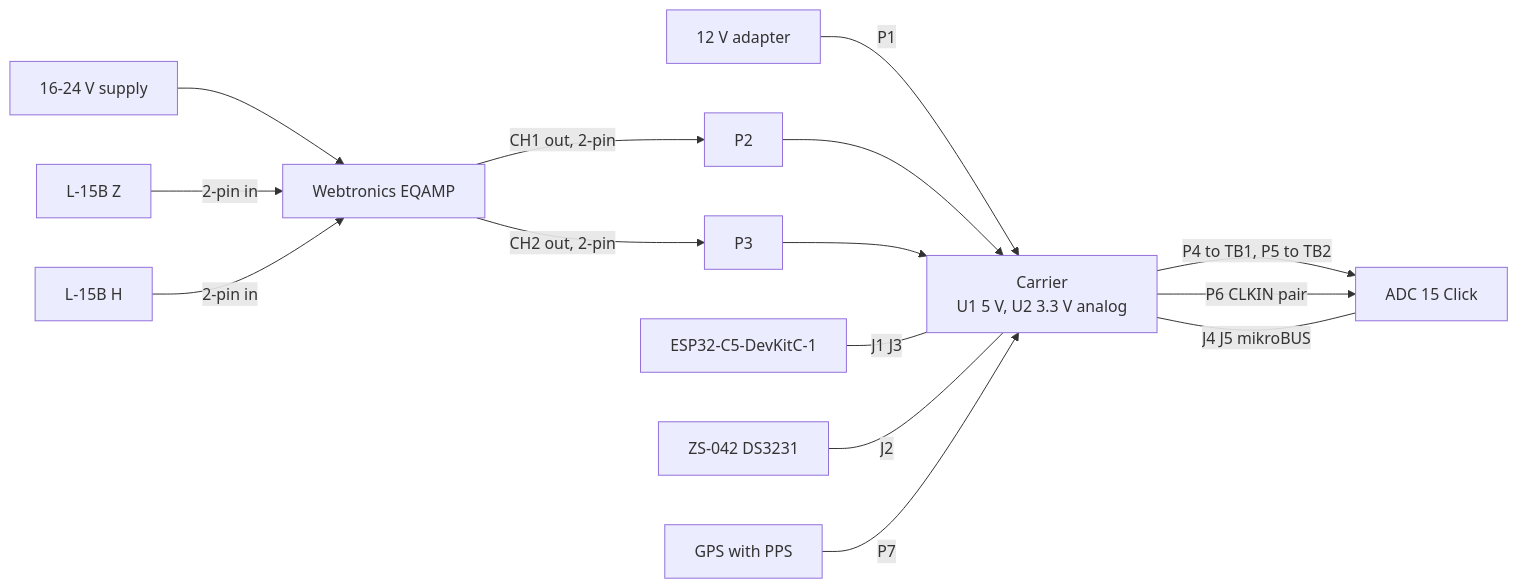
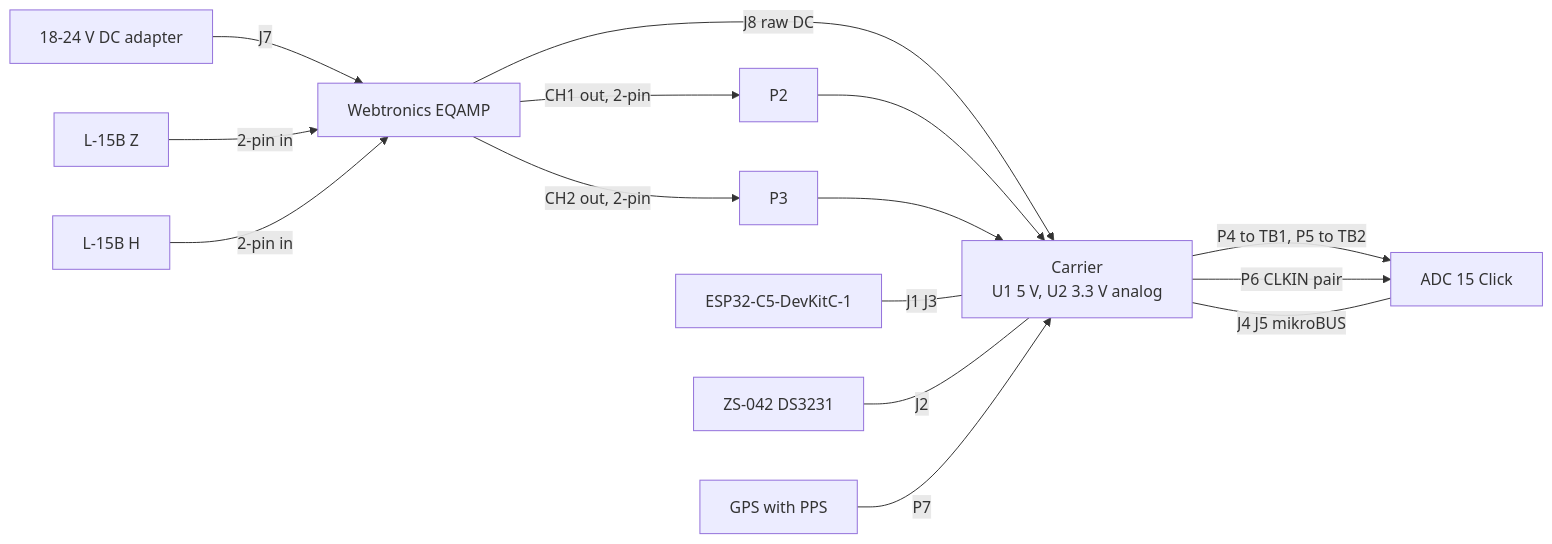
The diagram in hardware/carrier/README.md (vpatoka/esp32seismo), drawn with Mermaid before and after one commit. The commit also changed other lines of this file and 5 other files, not shown here.

First line of the commit message:
Power the carrier from the EQAMP J8 and add shed notes

````diff
--- a/hardware/carrier/README.md
+++ b/hardware/carrier/README.md
@@ -38,17 +38,17 @@
 ```mermaid
 flowchart LR
-    A12[12 V adapter] -->|P1| CB[Carrier<br/>U1 5 V, U2 3.3 V analog]
-    AMPPSU[16-24 V supply] --> EQ[Webtronics EQAMP]
+    PSU[18-24 V DC adapter] -->|J7| EQ[Webtronics EQAMP]
+    EQ -->|J8 raw DC| CB[Carrier<br/>U1 5 V, U2 3.3 V analog]
     GZ[L-15B Z] -->|2-pin in| EQ
     GH[L-15B H] -->|2-pin in| EQ
     EQ -->|CH1 out, 2-pin| P2[P2]
     EQ -->|CH2 out, 2-pin| P3[P3]
     P2 --> CB
     P3 --> CB
     CB -->|P4 to TB1, P5 to TB2| CLICK[ADC 15 Click]
     CB -->|P6 CLKIN pair| CLICK
     CLICK ---|J4 J5 mikroBUS| CB
     DK[ESP32-C5-DevKitC-1] ---|J1 J3| CB
     RTC[ZS-042 DS3231] ---|J2| CB
     GPS[GPS with PPS] -->|P7| CB
 ```
````
